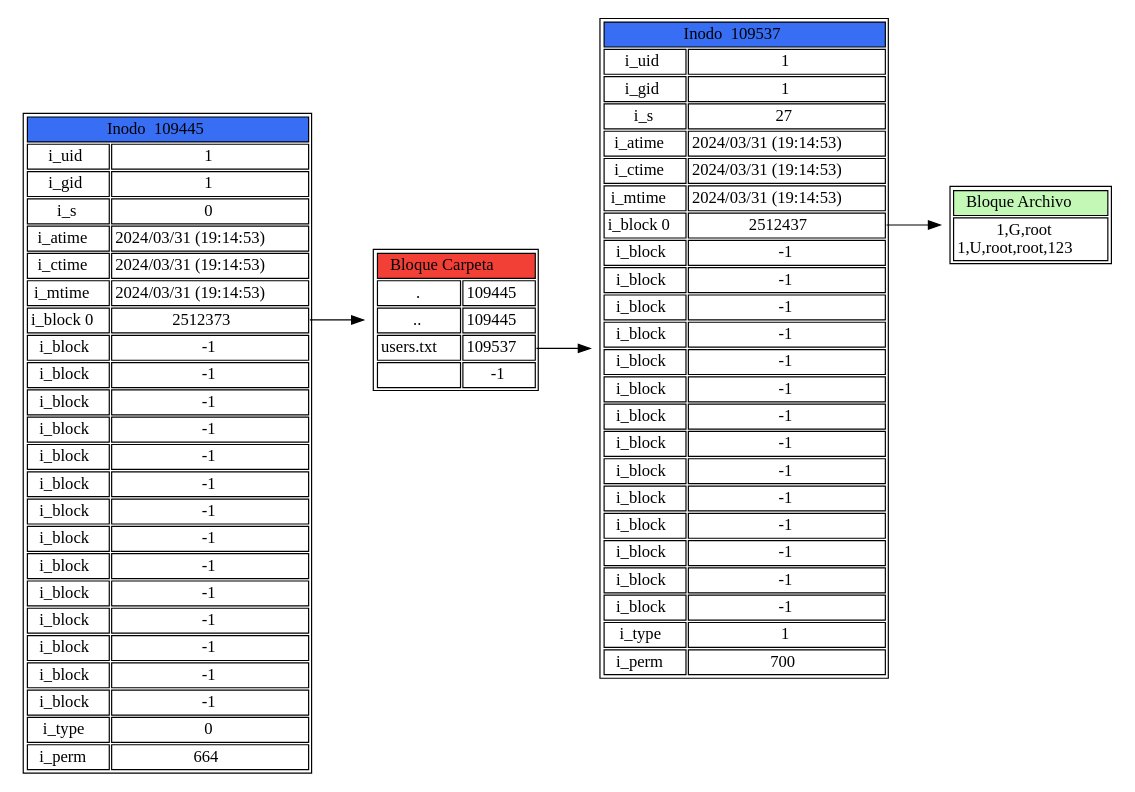
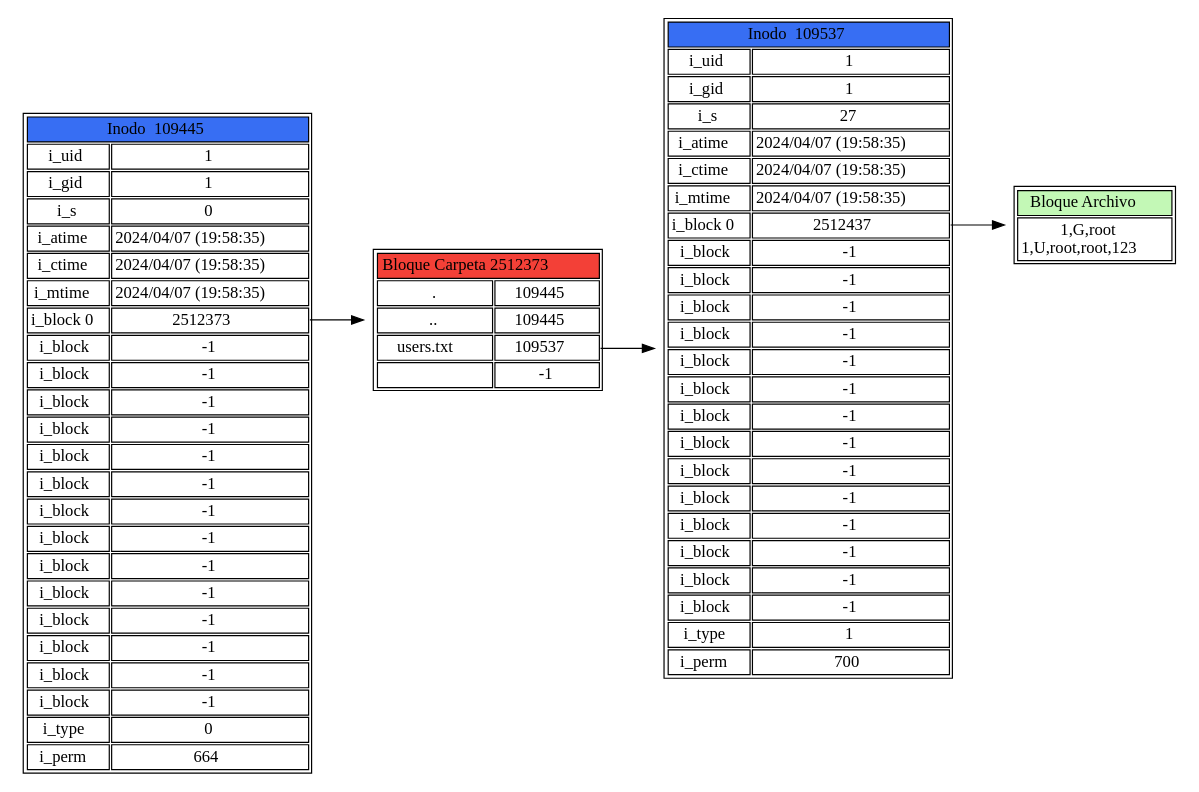
Before and after one commit to Iskandar1412/MIA_P2_201906051_S12024: the diagram in Backend/MIA/P1/Reports/reporte1_tree.dot, drawn with Graphviz. The commit also changed 85 other files, not shown here.

```diff
--- a/Backend/MIA/P1/Reports/reporte1_tree.dot
+++ b/Backend/MIA/P1/Reports/reporte1_tree.dot
@@ -19,15 +19,15 @@
 		</tr>
 		<tr>
 			<td>i_atime</td>
-			<td>2024/03/31 (19:14:53)</td>
+			<td>2024/04/07 (19:58:35)</td>
 		</tr>
 		<tr>
 			<td>i_ctime</td>
-			<td>2024/03/31 (19:14:53)</td>
+			<td>2024/04/07 (19:58:35)</td>
 		</tr>
 		<tr>
 			<td>i_mtime</td>
-			<td>2024/03/31 (19:14:53)</td>
+			<td>2024/04/07 (19:58:35)</td>
 		</tr>
 		<tr>
 			<td>i_block 0</td>
@@ -101,7 +101,7 @@
 
 	n2512373[label=<<table>
 		<tr>
-			<td colspan="2" bgcolor="#f34037">Bloque Carpeta</td>
+			<td colspan="2" bgcolor="#f34037">Bloque Carpeta 2512373</td>
 		</tr>
 		<tr>
 			<td>.</td>
@@ -142,15 +142,15 @@
 		</tr>
 		<tr>
 			<td>i_atime</td>
-			<td>2024/03/31 (19:14:53)</td>
+			<td>2024/04/07 (19:58:35)</td>
 		</tr>
 		<tr>
 			<td>i_ctime</td>
-			<td>2024/03/31 (19:14:53)</td>
+			<td>2024/04/07 (19:58:35)</td>
 		</tr>
 		<tr>
 			<td>i_mtime</td>
-			<td>2024/03/31 (19:14:53)</td>
+			<td>2024/04/07 (19:58:35)</td>
 		</tr>
 		<tr>
 			<td>i_block 0</td>
```
